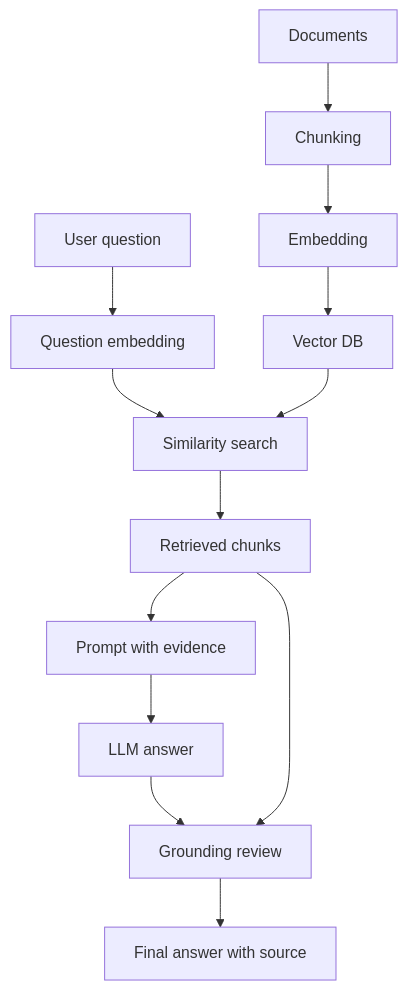
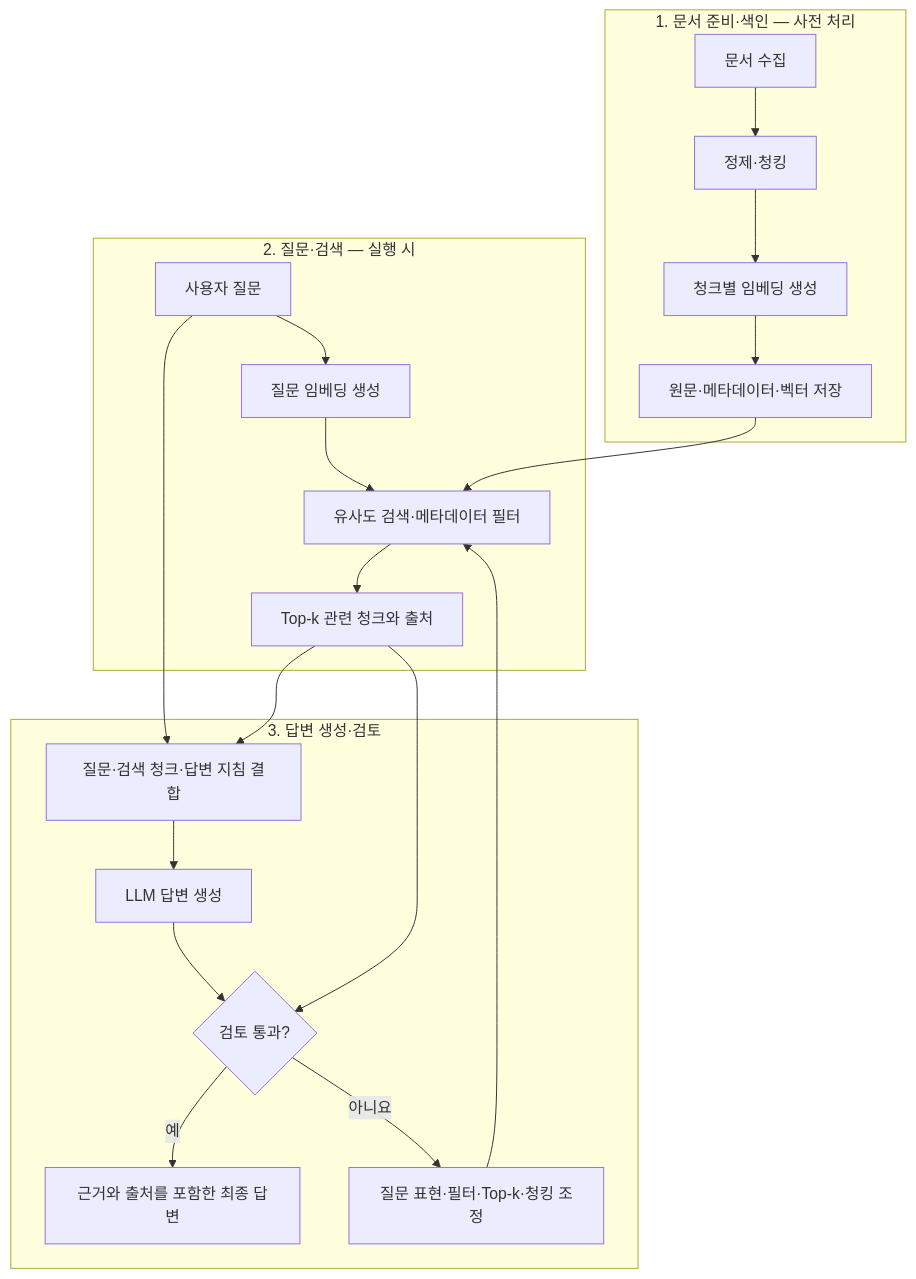
One commit to GilbertMoon/ai-database-book changed the diagram in images/chapter14/ch14_05_rag_pipeline.mmd. Above: the diagram before and after it, drawn with Mermaid.

Commit message:
Refine chapter 14 RAG pipeline source

```diff
--- a/images/chapter14/ch14_05_rag_pipeline.mmd
+++ b/images/chapter14/ch14_05_rag_pipeline.mmd
@@ -1,15 +1,24 @@
 flowchart TB
-    A[Documents] --> B[Chunking]
-    B --> C[Embedding]
-    C --> D[Vector DB]
+    subgraph INDEX[1. 문서 준비·색인 — 사전 처리]
+        A[문서 수집] --> B[정제·청킹]
+        B --> C[청크별 임베딩 생성]
+        C --> D[원문·메타데이터·벡터 저장]
+    end
 
-    E[User question] --> F[Question embedding]
-    F --> G[Similarity search]
-    D --> G
-    G --> H[Retrieved chunks]
-    H --> I[Prompt with evidence]
-    I --> J[LLM answer]
-    J --> K[Grounding review]
+    subgraph RETRIEVE[2. 질문·검색 — 실행 시]
+        E[사용자 질문] --> F[질문 임베딩 생성]
+        F --> G[유사도 검색·메타데이터 필터]
+        D --> G
+        G --> H[Top-k 관련 청크와 출처]
+    end
 
-    H --> K
-    K --> L[Final answer with source]
+    subgraph GENERATE[3. 답변 생성·검토]
+        E --> I[질문·검색 청크·답변 지침 결합]
+        H --> I
+        I --> J[LLM 답변 생성]
+        J --> K{검토 통과?}
+        H --> K
+        K -- 예 --> L[근거와 출처를 포함한 최종 답변]
+        K -- 아니요 --> M[질문 표현·필터·Top-k·청킹 조정]
+        M --> G
+    end
```
